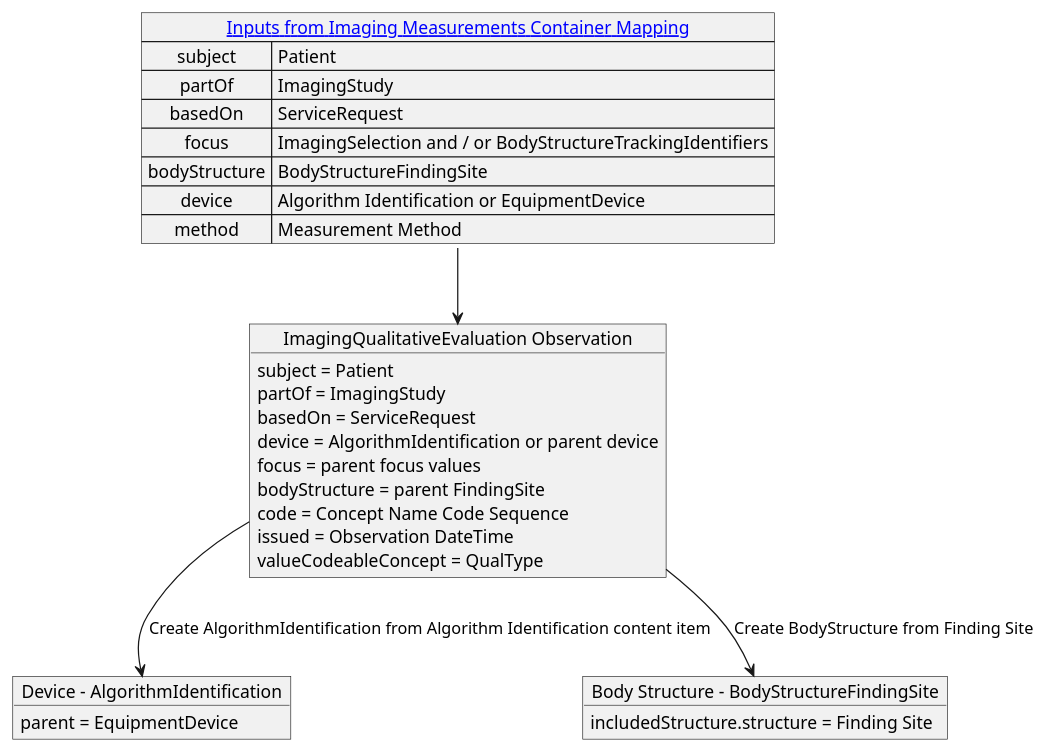
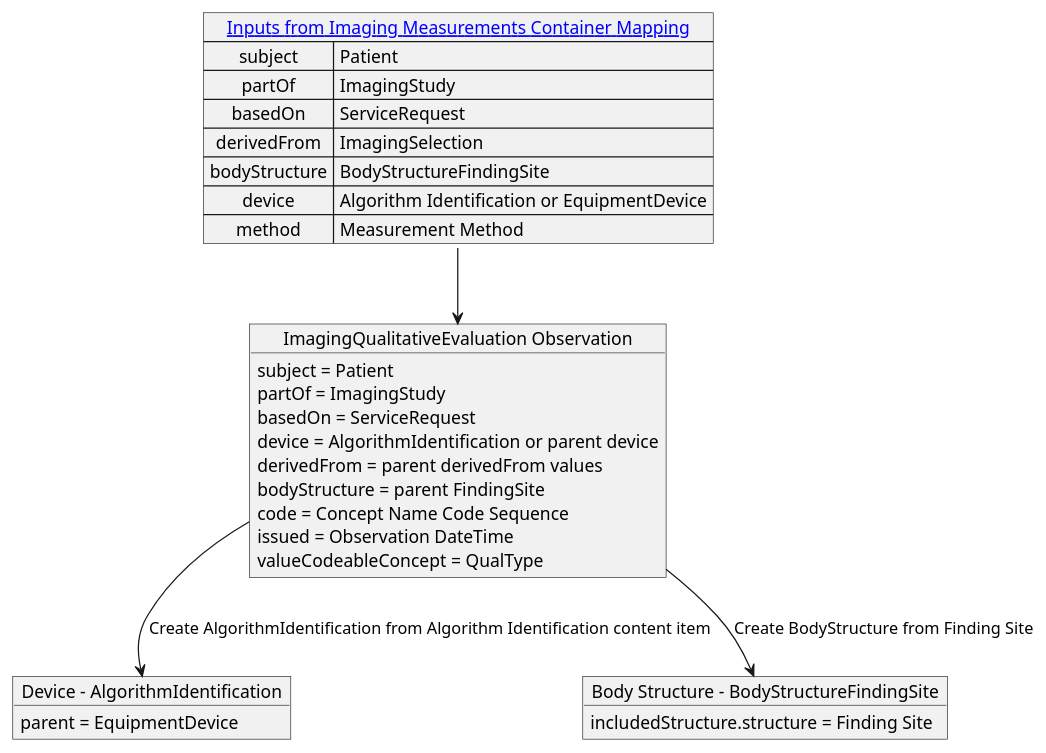
One commit to HL7/dicom-sr changed the diagram in input/images-source/4_7_imaging_qualitative_evaluation_mapping.plantuml. Above: the diagram before and after it, drawn with PlantUML. The commit also changed 20 other files, not shown here.

Commit message:
FHIR-47943 - Added bodyStructureFindingSite to ImagingSelection-Abstract-ObservationImagingSelection.fsh - Updated mapping diagram to copy it (and other elements) from parent measurement group -- Also fixed diagrams to shift away from focus

```diff
--- a/input/images-source/4_7_imaging_qualitative_evaluation_mapping.plantuml
+++ b/input/images-source/4_7_imaging_qualitative_evaluation_mapping.plantuml
@@ -1,39 +1,39 @@
 @startuml imaging_qualitative_evaluation_mapping
 
 map "[[mapping.html#imaging-measurements-container-mapping Inputs from Imaging Measurements Container Mapping]]" as inputs {
    subject => Patient
    partOf => ImagingStudy
    basedOn => ServiceRequest
-   focus => ImagingSelection and / or BodyStructureTrackingIdentifiers
+   derivedFrom => ImagingSelection
    bodyStructure => BodyStructureFindingSite
    device => Algorithm Identification or EquipmentDevice
    method => Measurement Method
 }
 
 object "Device - AlgorithmIdentification" as AlgorithmIdentification {
     parent = EquipmentDevice
 }
 
 object "Body Structure - BodyStructureFindingSite" as BodyStructureFindingSite {
     includedStructure.structure = Finding Site
 }
 
 object "ImagingQualitativeEvaluation Observation" as imagingQualitativeEvaluation {
     subject = Patient
     partOf = ImagingStudy
     basedOn = ServiceRequest
     device = AlgorithmIdentification or parent device
-    focus = parent focus values
+    derivedFrom = parent derivedFrom values
     bodyStructure = parent FindingSite
     code = Concept Name Code Sequence
     issued = Observation DateTime
     valueCodeableConcept = QualType
 }
 
 imagingQualitativeEvaluation --> AlgorithmIdentification: Create AlgorithmIdentification from Algorithm Identification content item
 imagingQualitativeEvaluation --> BodyStructureFindingSite: Create BodyStructure from Finding Site
 
 inputs --> imagingQualitativeEvaluation
 
 
 @enduml
```
